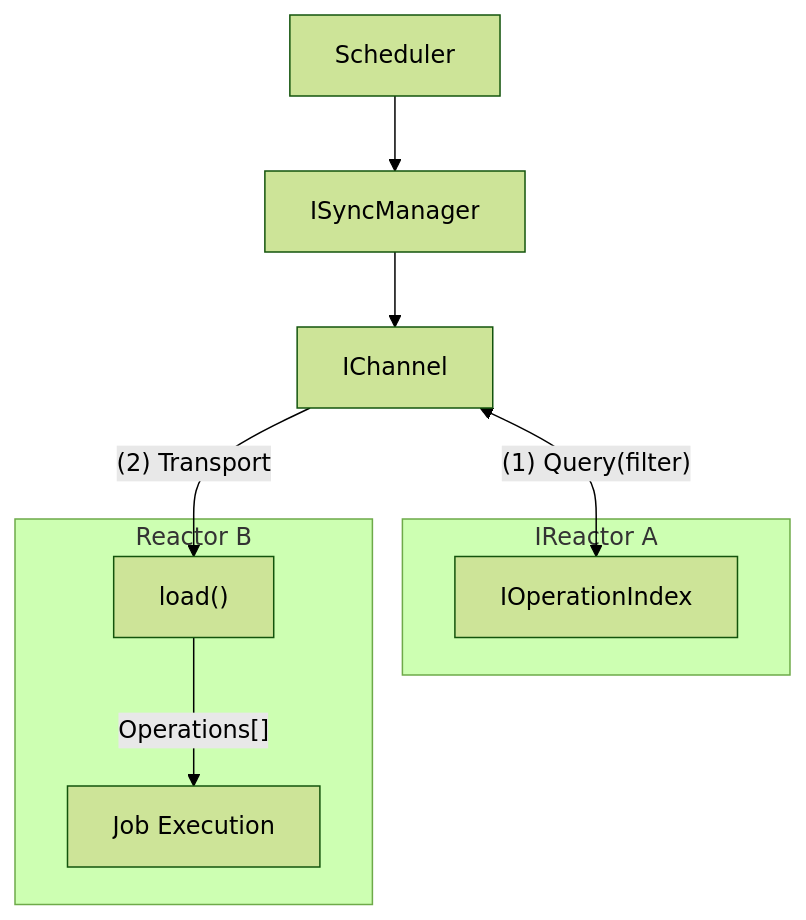
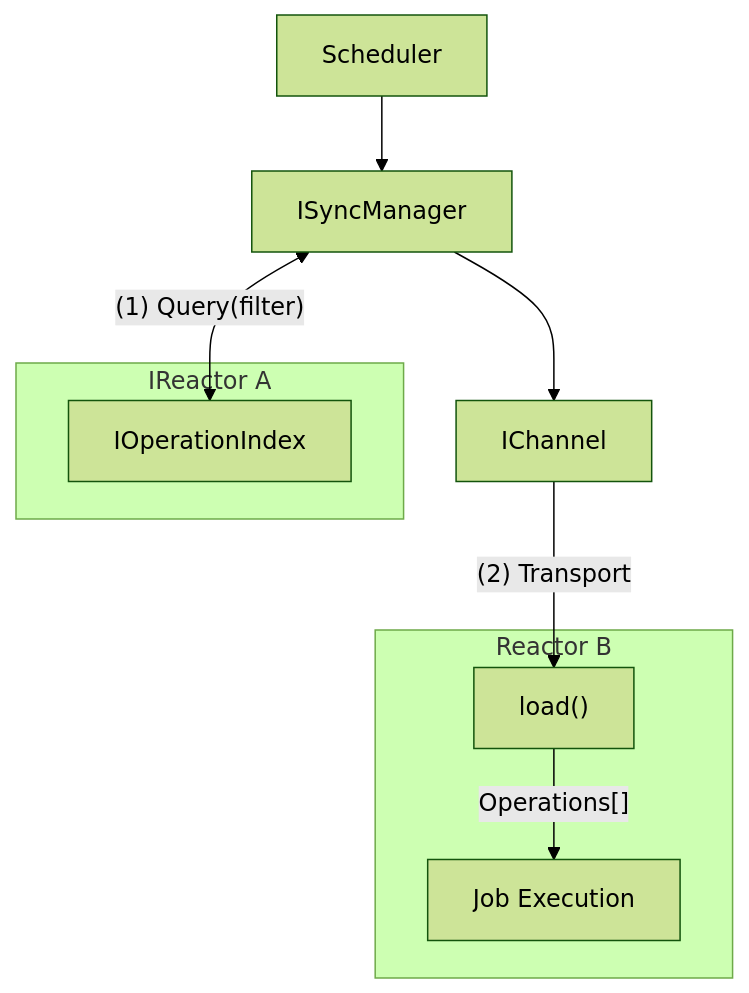
Before and after one commit to powerhouse-inc/powerhouse: the second of 4 diagrams in packages/reactor/docs/planning/Synchronization/index.md, drawn with Mermaid (forest theme). The commit also changed other lines of this file and 2 other files, not shown here.

````diff
--- a/packages/reactor/docs/planning/Synchronization/index.md
+++ b/packages/reactor/docs/planning/Synchronization/index.md
@@ -49,14 +49,14 @@
 ```mermaid
 graph
     BScheduler["Scheduler"] --> BSync["ISyncManager"]
-    IChannel <-->|"(1) Query(filter)"| AOI
+    BSync <-->|"(1) Query(filter)"| AOI
     BSync --> IChannel -->|"(2) Transport"| Load
 
     subgraph "IReactor A"
         AOI["IOperationIndex"]
     end
 
     subgraph "Reactor B"
         Load["load()"] -->|"Operations[]"| JEB["Job Execution"]
     end
 ```
````
